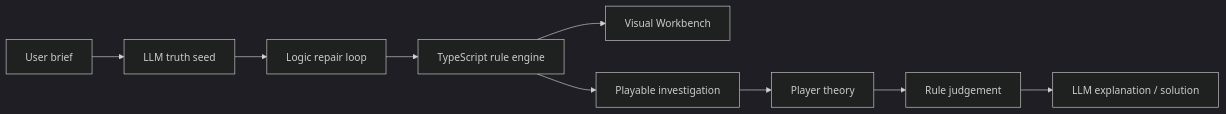
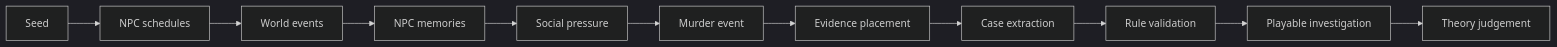
The diagram in README.md (wangyufanshuai/detective-novel-lab), drawn with Mermaid (dark theme) before and after one commit. The commit also changed other lines of this file and 38 other files, not shown here.

````diff
--- a/README.md
+++ b/README.md
@@ -18,11 +33,13 @@
 ```mermaid
 flowchart LR
-  A[User brief] --> B[LLM truth seed]
-  B --> C[Logic repair loop]
-  C --> D[TypeScript rule engine]
-  D --> E[Visual Workbench]
-  D --> F[Playable investigation]
-  F --> G[Player theory]
-  G --> H[Rule judgement]
-  H --> I[LLM explanation / solution]
+  A["Seed"] --> B["NPC schedules"]
+  B --> C["World events"]
+  C --> D["NPC memories"]
+  D --> E["Social pressure"]
+  E --> F["Murder event"]
+  F --> G["Evidence placement"]
+  G --> H["Case extraction"]
+  H --> I["Rule validation"]
+  I --> J["Playable investigation"]
+  J --> K["Theory judgement"]
 ```
````
